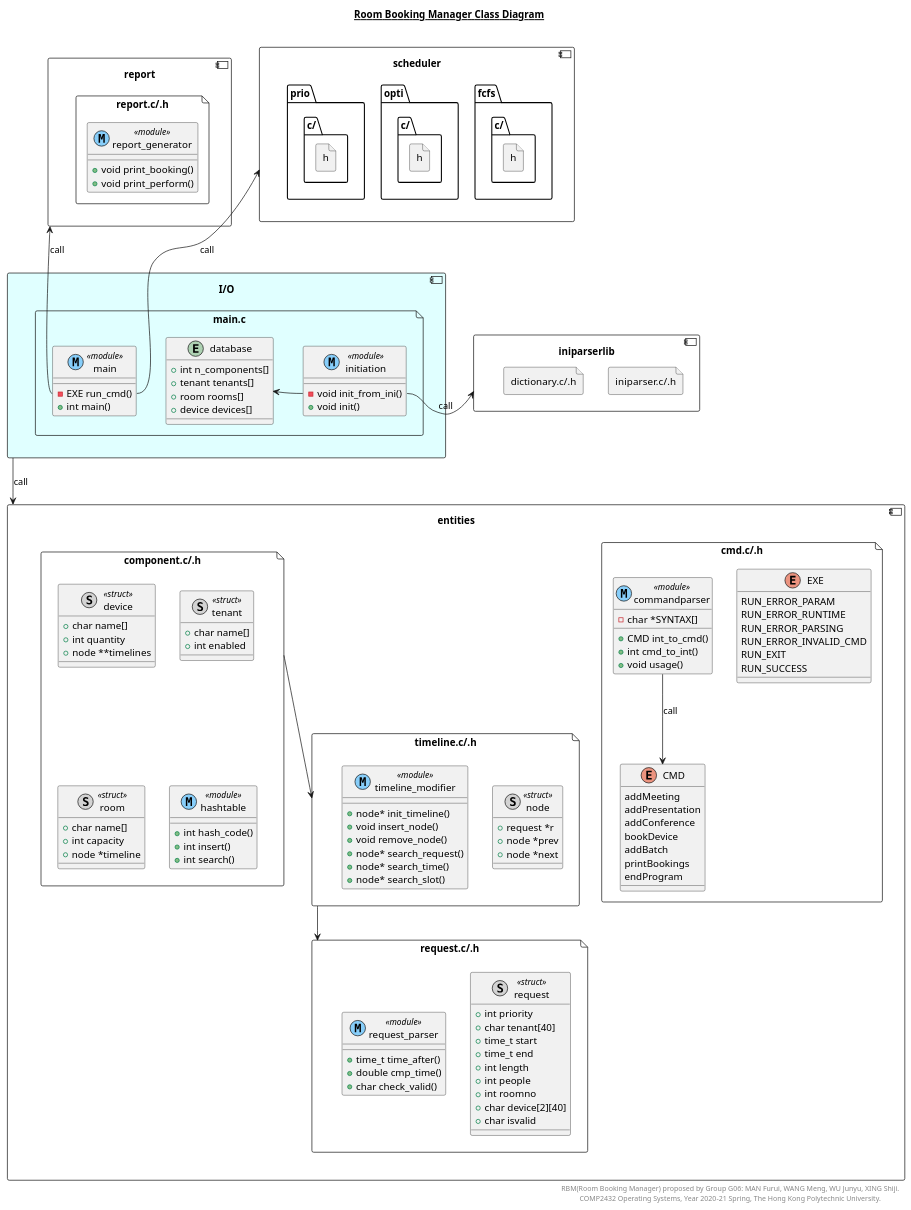
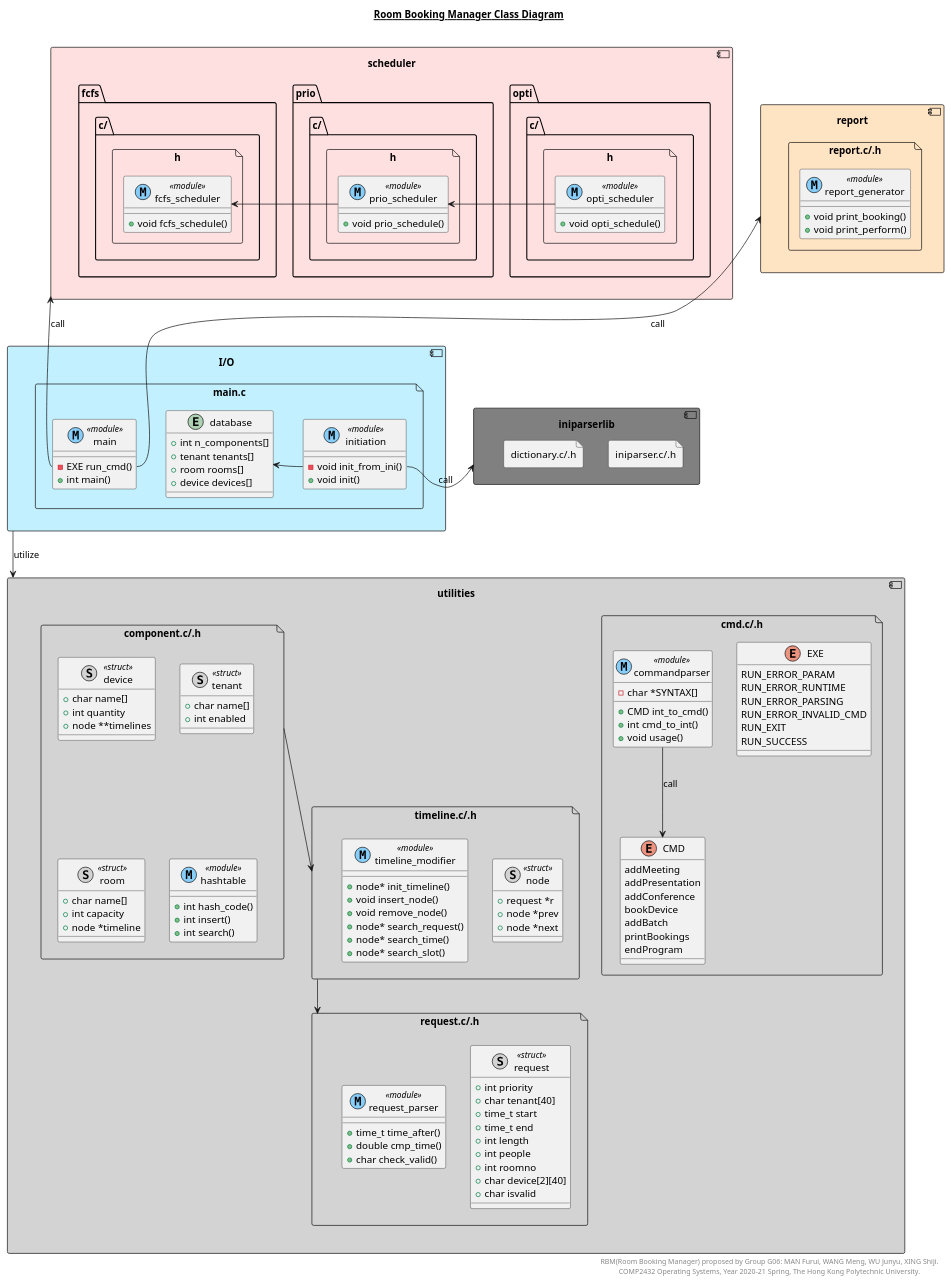
Before and after one commit to toolsmax0/COMP2432_RBM: the diagram in res/uml/class_diagram.puml, drawn with PlantUML. The commit also changed 6 other files, not shown here.

```diff
--- a/res/uml/class_diagram.puml
+++ b/res/uml/class_diagram.puml
@@ -1,152 +1,157 @@
 @startuml
 title __Room Booking Manager Class Diagram__\n
 
 skinparam BackgroundColor transparent
 
-component report {
+component report #bisque {
     file reportfile as "report.c/.h" {
         class report_generator <<(M, lightskyblue) module>> {
             +void print_booking()
             +void print_perform()
         }
     }
 }
-component scheduler {
-    file fcfs.c/.h {
-
-    }
+component scheduler #implementation {
     file opti.c/.h {
-
+        class opti_scheduler <<(M, lightskyblue) module>> {
+            +void opti_schedule()
+        }
     }
     file prio.c/.h {
-
+        class prio_scheduler <<(M, lightskyblue) module>> {
+            +void prio_schedule()
+        }
     }
+    file fcfs.c/.h {
+        class fcfs_scheduler <<(M, lightskyblue) module>> {
+            +void fcfs_schedule()
+        }
+    }
+    opti_scheduler -> prio_scheduler
+    prio_scheduler -> fcfs_scheduler
 }
-component entities {
+component utilities #lightgray {
     file cmd as "cmd.c/.h" {
         enum EXE {
             RUN_ERROR_PARAM         
             RUN_ERROR_RUNTIME       
             RUN_ERROR_PARSING       
             RUN_ERROR_INVALID_CMD   
             RUN_EXIT                
             RUN_SUCCESS
         }
         enum CMD {
             addMeeting     
             addPresentation
             addConference  
             bookDevice     
             addBatch       
             printBookings  
             endProgram     
         }
         class commandparser <<(M, lightskyblue) module>> {
             -char *SYNTAX[]
             +CMD int_to_cmd()
             +int cmd_to_int()
             +void usage()
         }
         commandparser -down-> CMD :call
     }
     file componentc as "component.c/.h" {
         class device <<(S, lightgray) struct>> {
             +char name[]
             +int quantity
             +node **timelines
         }
         class tenant <<(S, lightgray) struct>> {
             +char name[]
             +int enabled
         }
         class room <<(S, lightgray) struct>> {
             +char name[]
             +int capacity
             +node *timeline
         }
         class hashtable <<(M, lightskyblue) module>> {
             +int hash_code()
             +int insert()
             +int search()
         }
     }
     file requestc as "request.c/.h" {
         class request <<(S, lightgray) struct>> {
             +int priority
             +char tenant[40]
             +time_t start
             +time_t end
             +int length
             +int people
             +int roomno 
             +char device[2][40]
             +char isvalid 
         }
         class request_parser <<(M, lightskyblue) module>> {
             +time_t time_after()
             +double cmp_time()
             +char check_valid()
         }
     }
     file timelinec as "timeline.c/.h" {
         class node <<(S, lightgray) struct>> {
             +request *r
             +node *prev
             +node *next
         }
         class timeline_modifier <<(M, lightskyblue) module>> {
             +node* init_timeline()
             +void insert_node()
             +void remove_node()
             +node* search_request()
             +node* search_time()
             +node* search_slot()
         }
     }
     
     componentc --> timelinec
     timelinec --> requestc
 }
-
-component iniparserlib {
+component iniparserlib #gray {
     file iniparser as "iniparser.c/.h" {
     }
     file dictionary as "dictionary.c/.h" {
     }
     ' iniparser -down-> dictionary
 }
-component IO as "I/O" #lightcyan {
+component IO as "I/O" #application {
     file mainc as "main.c" {
         class main <<(M, lightskyblue) module>> {
             -EXE run_cmd()
             +int main()
         }
         class initiation <<(M, lightskyblue) module>> {
             -void init_from_ini()
             +void init()
         }
         entity database {
             +int n_components[]
             +tenant tenants[]
             +room rooms[]
             +device devices[]
         }
 
         initiation::init_from_ini -left-> database 
     }
-
 }
 
-
 main::run_cmd -up-> scheduler :call
-IO -down-> entities :call
+IO -down-> utilities :utilize
 main::run_cmd -up-> report :call
 
 initiation::init_from_ini -> iniparserlib :call
 
 right footer
 RBM(Room Booking Manager) proposed by Group G06: MAN Furui, WANG Meng, WU Junyu, XING Shiji.
 COMP2432 Operating Systems, Year 2020-21 Spring, The Hong Kong Polytechnic University.
 endfooter
 
 @enduml
```
